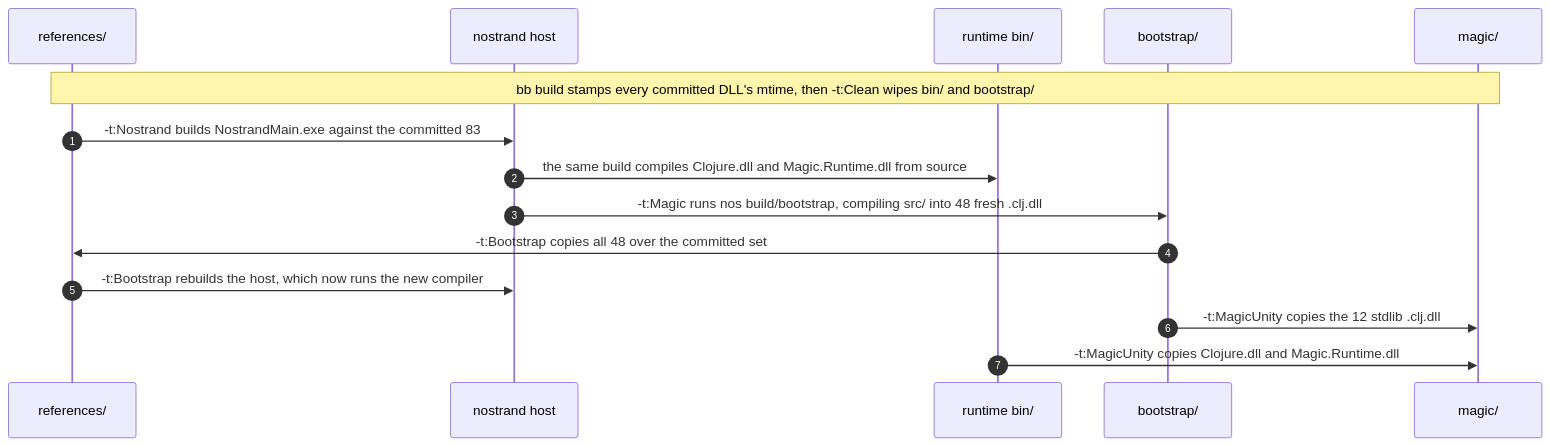
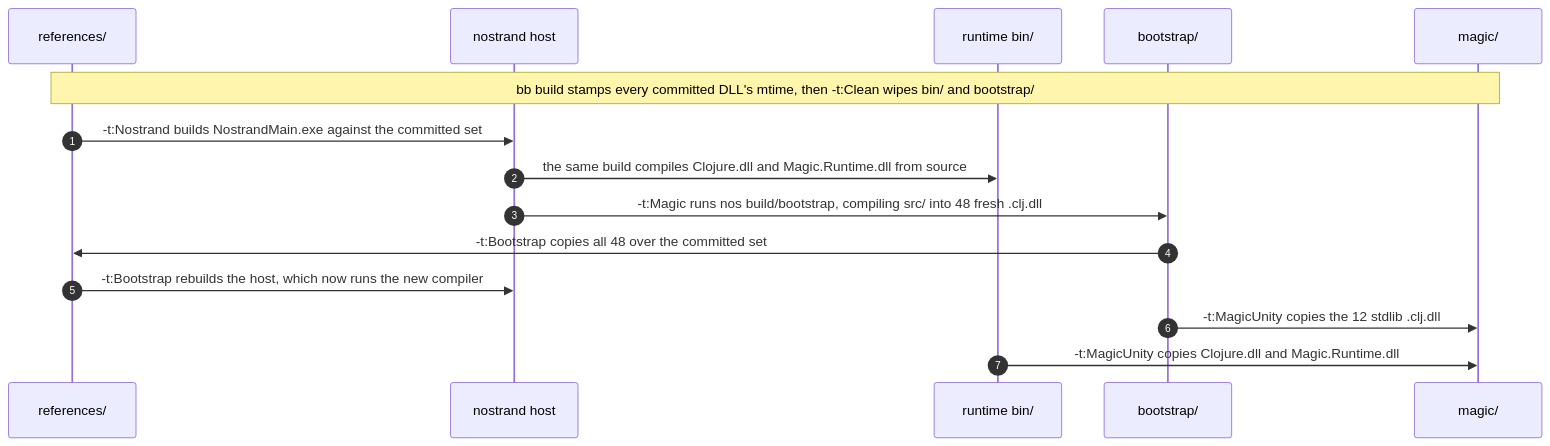
Before and after one commit to flybot-sg/magic: the second of 6 diagrams in docs/bootstrap.md, drawn with Mermaid. The commit also changed other lines of this file and 3 other files, not shown here.

````diff
--- a/docs/bootstrap.md
+++ b/docs/bootstrap.md
@@ -64,18 +64,18 @@
 ```mermaid
 sequenceDiagram
     autonumber
     participant refs as references/
     participant host as nostrand host
     participant rt as runtime bin/
     participant boot as bootstrap/
     participant exp as magic/
 
     Note over refs,exp: bb build stamps every committed DLL's mtime, then -t:Clean wipes bin/ and bootstrap/
-    refs->>host: -t:Nostrand builds NostrandMain.exe against the committed 83
+    refs->>host: -t:Nostrand builds NostrandMain.exe against the committed set
     host->>rt: the same build compiles Clojure.dll and Magic.Runtime.dll from source
     host->>boot: -t:Magic runs nos build/bootstrap, compiling src/ into 48 fresh .clj.dll
     boot->>refs: -t:Bootstrap copies all 48 over the committed set
     refs->>host: -t:Bootstrap rebuilds the host, which now runs the new compiler
     boot->>exp: -t:MagicUnity copies the 12 stdlib .clj.dll
     rt->>exp: -t:MagicUnity copies Clojure.dll and Magic.Runtime.dll
 ```
````
